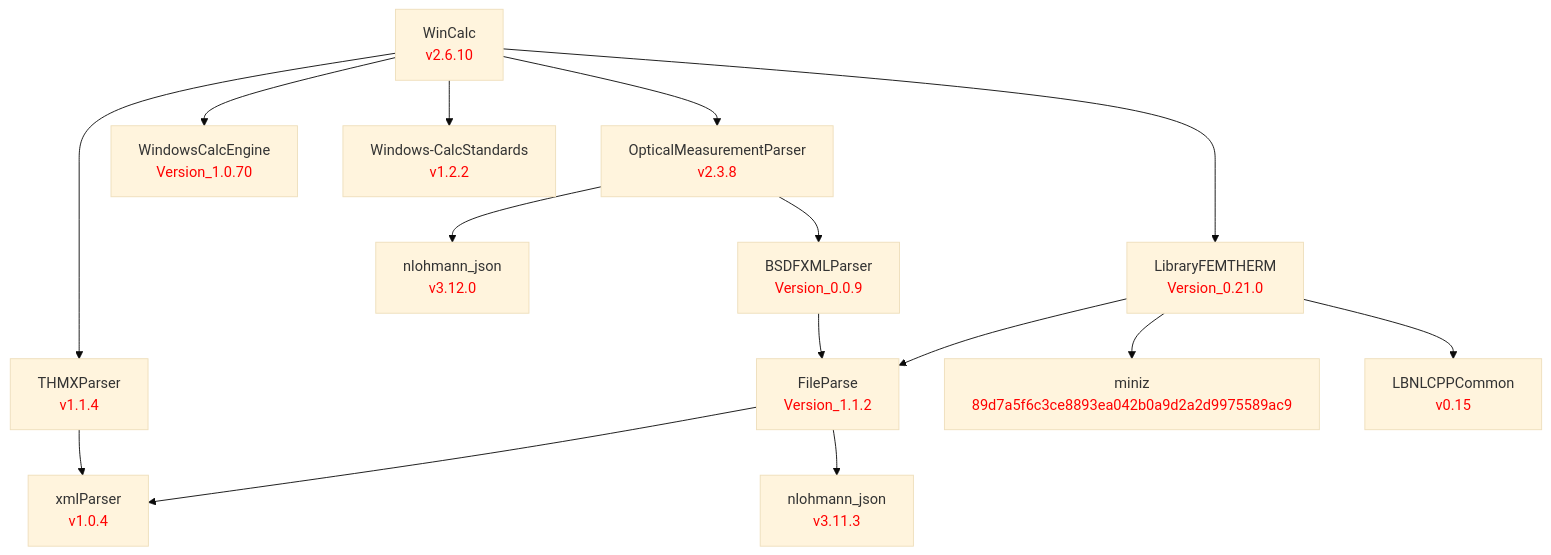
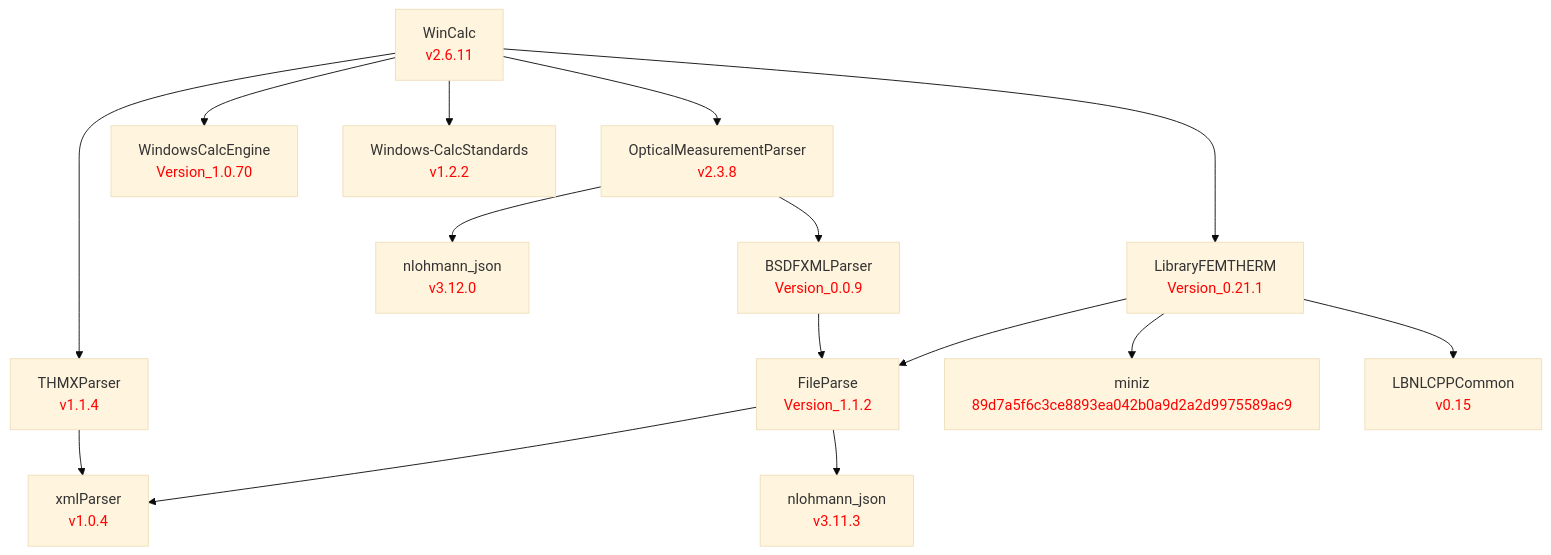
One commit to LBNL-ETA/WinCalc changed the diagram in doc/WinCalc.md. Above: the diagram before and after it, drawn with Mermaid (base theme). The commit also changed 1 other file, not shown here.

Commit message:
Bump to 2.6.11; pin LibraryFEMTherm Version_0.21.1

````diff
--- a/doc/WinCalc.md
+++ b/doc/WinCalc.md
@@ -1,49 +1,49 @@
 ```mermaid
 graph TD
     %% Level 0
-    WinCalc[WinCalc<br/><font color='red'>v2.6.10</font>]
+    WinCalc[WinCalc<br/><font color='red'>v2.6.11</font>]
 
     %% Level 1 - direct dependencies
     OpticalMeasurementParser[OpticalMeasurementParser<br/><font color='red'>v2.3.8</font>]
     THMXParser[THMXParser<br/><font color='red'>v1.1.4</font>]
     WindowsCalcEngine[WindowsCalcEngine<br/><font color='red'>Version_1.0.70</font>]
     Windows-CalcStandards[Windows-CalcStandards<br/><font color='red'>v1.2.2</font>]
-    LibraryFEMTHERM[LibraryFEMTHERM<br/><font color='red'>Version_0.21.0</font>]
+    LibraryFEMTHERM[LibraryFEMTHERM<br/><font color='red'>Version_0.21.1</font>]
 
     %% Level 2
     nlohmann_omp[nlohmann_json<br/><font color='red'>v3.12.0</font>]
     BSDFXMLParser[BSDFXMLParser<br/><font color='red'>Version_0.0.9</font>]
     FileParse[FileParse<br/><font color='red'>Version_1.1.2</font>]
     miniz[miniz<br/><font color='red'>89d7a5f6c3ce8893ea042b0a9d2a2d9975589ac9</font>]
     LBNLCPPCommon[LBNLCPPCommon<br/><font color='red'>v0.15</font>]
 
     %% Level 3
     xmlParser[xmlParser<br/><font color='red'>v1.0.4</font>]
     nlohmann_fp[nlohmann_json<br/><font color='red'>v3.11.3</font>]
 
     %% WinCalc dependencies
     WinCalc --> OpticalMeasurementParser
     WinCalc --> THMXParser
     WinCalc --> WindowsCalcEngine
     WinCalc --> Windows-CalcStandards
     WinCalc --> LibraryFEMTHERM
 
     %% OpticalMeasurementParser dependencies
     OpticalMeasurementParser --> nlohmann_omp
     OpticalMeasurementParser --> BSDFXMLParser
 
     %% LibraryFEMTHERM dependencies
     LibraryFEMTHERM --> FileParse
     LibraryFEMTHERM --> miniz
     LibraryFEMTHERM --> LBNLCPPCommon
 
     %% BSDFXMLParser dependencies
     BSDFXMLParser --> FileParse
 
     %% FileParse dependencies
     FileParse --> xmlParser
     FileParse --> nlohmann_fp
 
     %% THMXParser dependencies
     THMXParser --> xmlParser
 ```
````
